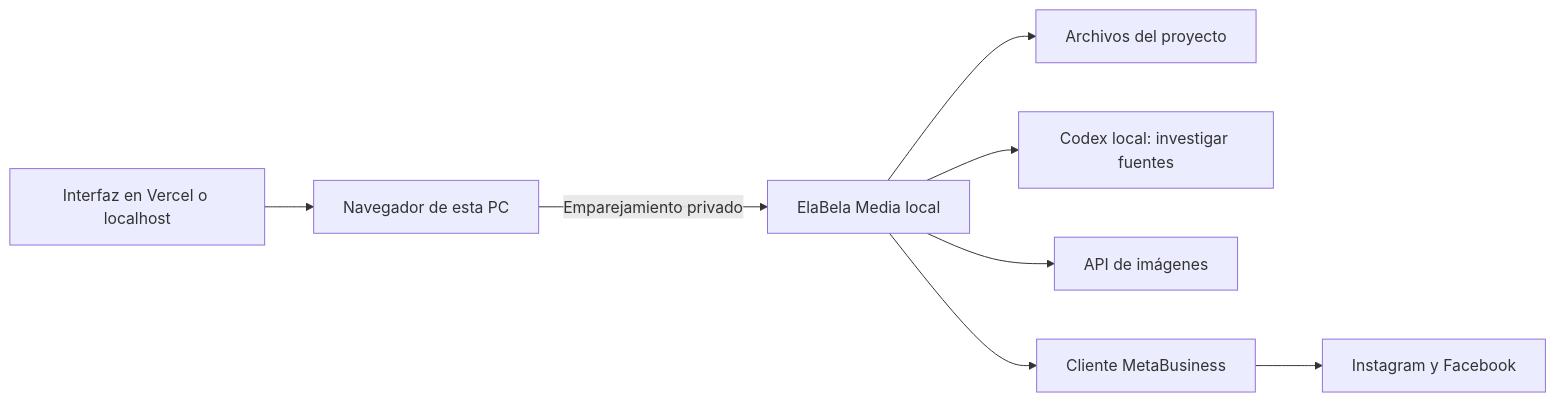
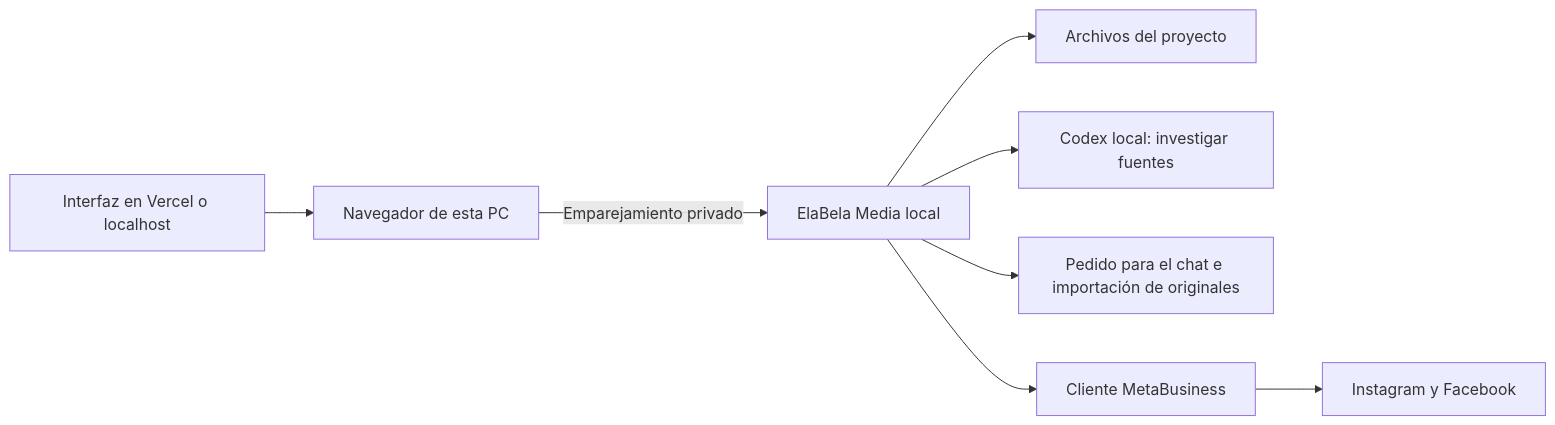
One commit to Bryan-dev074/ElaBela-Media changed the diagram in docs/operacion/servicio-local.md. Above: the diagram before and after it, drawn with Mermaid. The commit also changed other lines of this file and 9 other files, not shown here.

````diff
--- a/docs/operacion/servicio-local.md
+++ b/docs/operacion/servicio-local.md
@@ -5,10 +5,10 @@
 ```mermaid
 flowchart LR
   V[Interfaz en Vercel o localhost] --> B[Navegador de esta PC]
   B -->|Emparejamiento privado| L[ElaBela Media local]
   L --> D[Archivos del proyecto]
   L --> C[Codex local: investigar fuentes]
-  L --> O[API de imágenes]
+  L --> O[Pedido para el chat e importación de originales]
   L --> M[Cliente MetaBusiness]
   M --> I[Instagram y Facebook]
 ```
````
